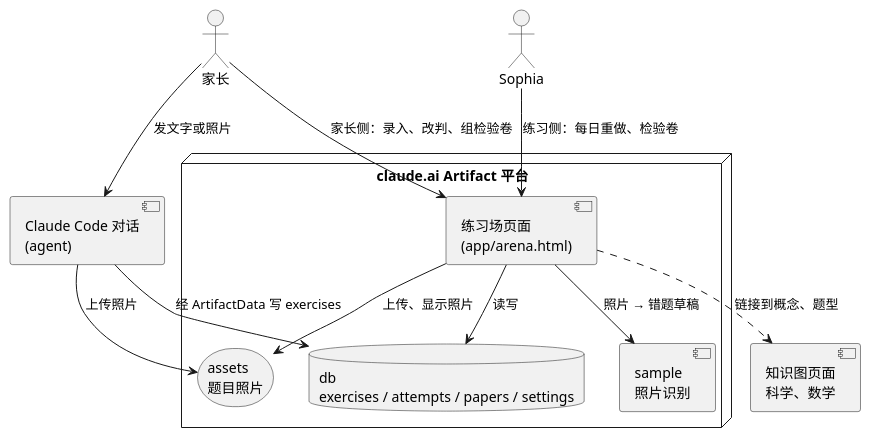
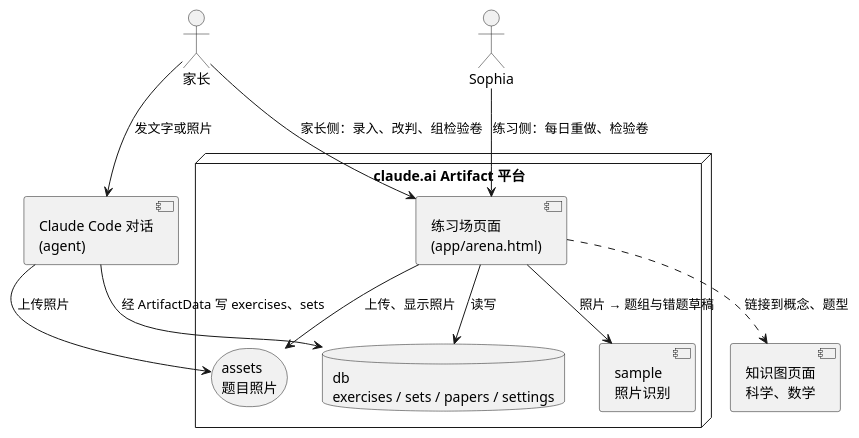
Before and after one commit to lengthlong/exercise_arena: the diagram in architecture/CONTAINERS.md, drawn with PlantUML. The commit also changed other lines of this file and 9 other files, not shown here.

````diff
--- a/architecture/CONTAINERS.md
+++ b/architecture/CONTAINERS.md
@@ -5,24 +5,24 @@
 ```plantuml
 @startuml
 actor "家长" as Parent
 actor "Sophia" as Sophia
 node "claude.ai Artifact 平台" as Platform {
   component "练习场页面\n(app/arena.html)" as Page
-  database "db\nexercises / attempts / papers / settings" as DB
+  database "db\nexercises / sets / papers / settings" as DB
   storage "assets\n题目照片" as Assets
   component "sample\n照片识别" as Sample
 }
 component "Claude Code 对话\n(agent)" as Agent
 component "知识图页面\n科学、数学" as Maps
 
 Parent --> Page : 家长侧：录入、改判、组检验卷
 Sophia --> Page : 练习侧：每日重做、检验卷
 Page --> DB : 读写
 Page --> Assets : 上传、显示照片
-Page --> Sample : 照片 → 错题草稿
+Page --> Sample : 照片 → 题组与错题草稿
 Parent --> Agent : 发文字或照片
-Agent --> DB : 经 ArtifactData 写 exercises
+Agent --> DB : 经 ArtifactData 写 exercises、sets
 Agent --> Assets : 上传照片
 Page ..> Maps : 链接到概念、题型
 @enduml
 ```
````
